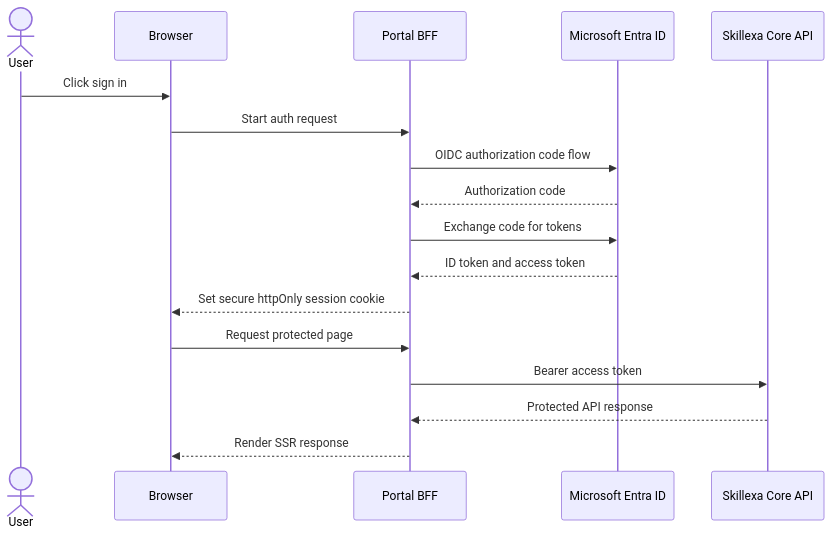
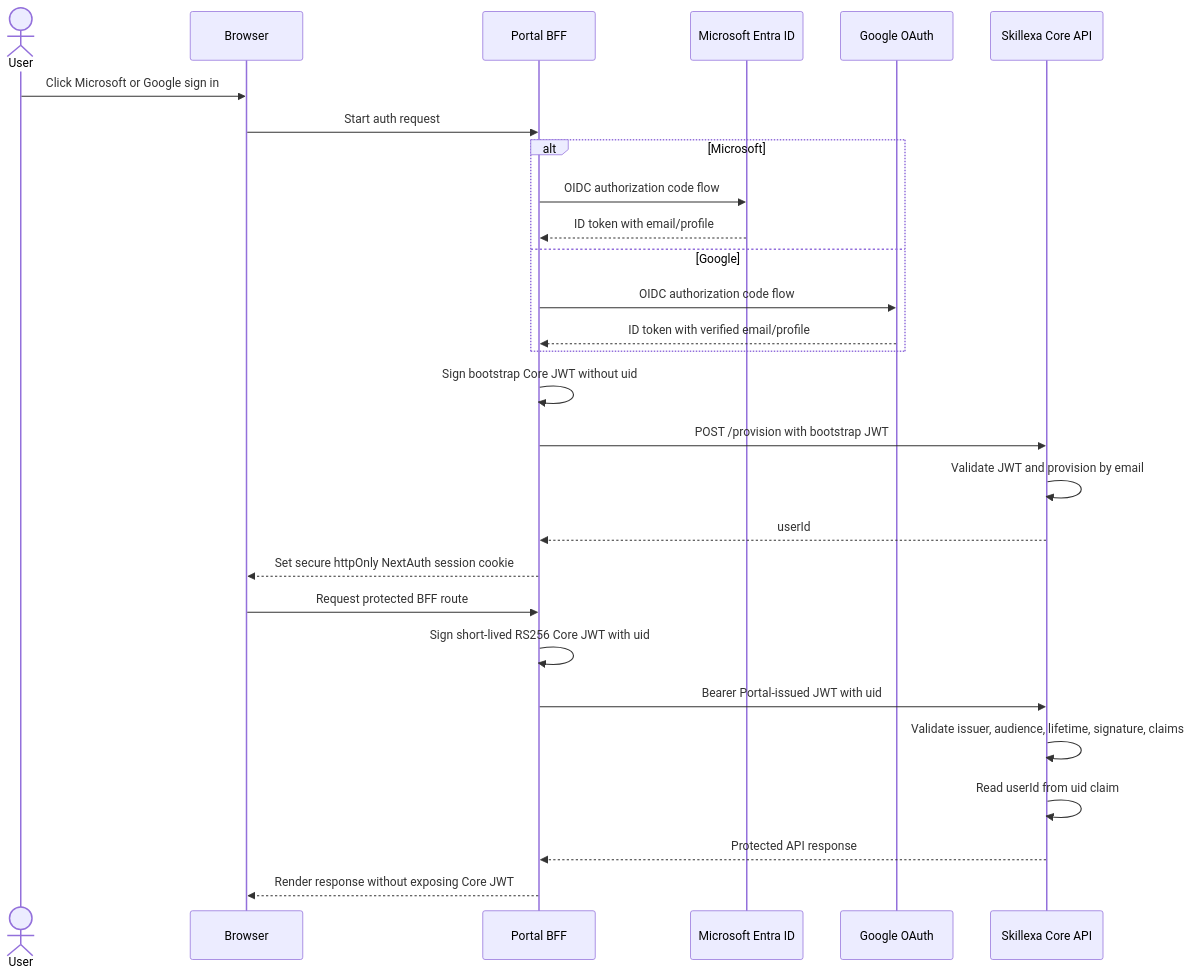
The diagram in docs/diagrams/authentication-flow.md (IXvlad-EU/Skillexa), drawn with Mermaid before and after one commit. The commit also changed 62 other files, not shown here.

First line of the commit message:
Add sign in via Google

````diff
--- a/docs/diagrams/authentication-flow.md
+++ b/docs/diagrams/authentication-flow.md
@@ -1,21 +1,32 @@
 ```mermaid
 sequenceDiagram
 
     actor User
     participant Browser
     participant Portal as Portal BFF
-    participant Entra as Microsoft Entra ID
+    participant Microsoft as Microsoft Entra ID
+    participant Google as Google OAuth
     participant Core as Skillexa Core API
 
-    User->>Browser: Click sign in
+    User->>Browser: Click Microsoft or Google sign in
     Browser->>Portal: Start auth request
-    Portal->>Entra: OIDC authorization code flow
-    Entra-->>Portal: Authorization code
-    Portal->>Entra: Exchange code for tokens
-    Entra-->>Portal: ID token and access token
-    Portal-->>Browser: Set secure httpOnly session cookie
-    Browser->>Portal: Request protected page
-    Portal->>Core: Bearer access token
+    alt Microsoft
+        Portal->>Microsoft: OIDC authorization code flow
+        Microsoft-->>Portal: ID token with email/profile
+    else Google
+        Portal->>Google: OIDC authorization code flow
+        Google-->>Portal: ID token with verified email/profile
+    end
+    Portal->>Portal: Sign bootstrap Core JWT without uid
+    Portal->>Core: POST /provision with bootstrap JWT
+    Core->>Core: Validate JWT and provision by email
+    Core-->>Portal: userId
+    Portal-->>Browser: Set secure httpOnly NextAuth session cookie
+    Browser->>Portal: Request protected BFF route
+    Portal->>Portal: Sign short-lived RS256 Core JWT with uid
+    Portal->>Core: Bearer Portal-issued JWT with uid
+    Core->>Core: Validate issuer, audience, lifetime, signature, claims
+    Core->>Core: Read userId from uid claim
     Core-->>Portal: Protected API response
-    Portal-->>Browser: Render SSR response
+    Portal-->>Browser: Render response without exposing Core JWT
 ```
````
